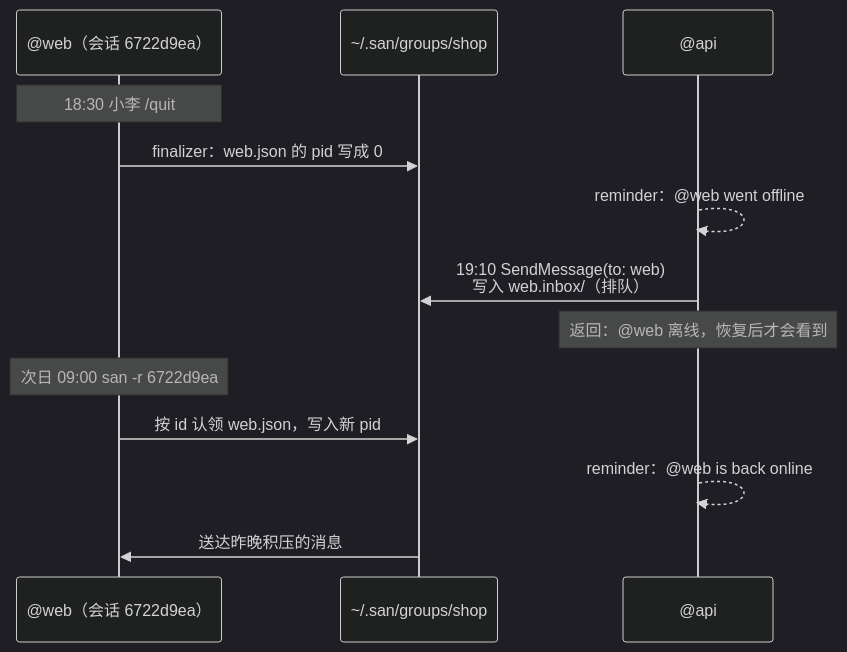
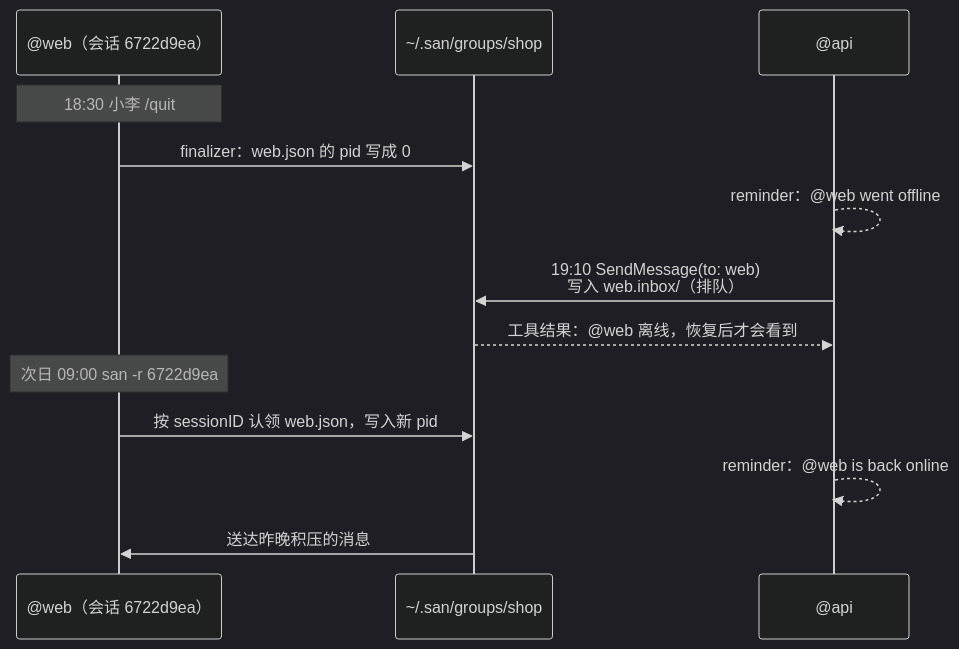
One commit to genai-io/san changed the fourth of 5 diagrams in docs/design/proposals/0003-session-groups.zh.md. Above: the diagram before and after it, drawn with Mermaid (dark theme). The commit also changed other lines of this file and 1 other file, not shown here.

First line of the commit message:
docs(design): PROP-0003 — session ID as identity, email-style messages

````diff
--- a/docs/design/proposals/0003-session-groups.zh.md
+++ b/docs/design/proposals/0003-session-groups.zh.md
@@ -228,15 +234,15 @@
 ```mermaid
 sequenceDiagram
     participant W as @web（会话 6722d9ea）
     participant FS as ~/.san/groups/shop
     participant A as @api
     Note over W: 18:30 小李 /quit
     W->>FS: finalizer：web.json 的 pid 写成 0
     A-->>A: reminder：@web went offline
     A->>FS: 19:10 SendMessage(to: web)<br/>写入 web.inbox/（排队）
-    Note over A: 返回：@web 离线，恢复后才会看到
+    FS-->>A: 工具结果：@web 离线，恢复后才会看到
     Note over W: 次日 09:00 san -r 6722d9ea
-    W->>FS: 按 id 认领 web.json，写入新 pid
+    W->>FS: 按 sessionID 认领 web.json，写入新 pid
     A-->>A: reminder：@web is back online
     FS->>W: 送达昨晚积压的消息
 ```
````
